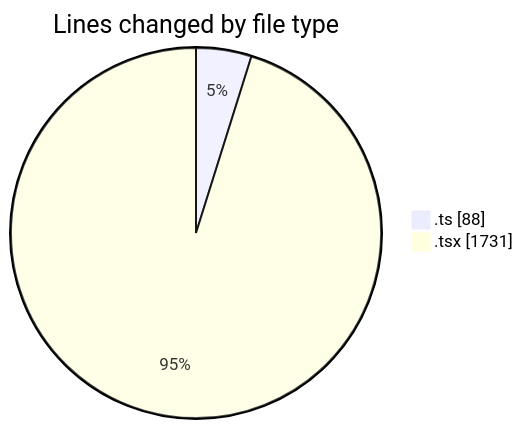
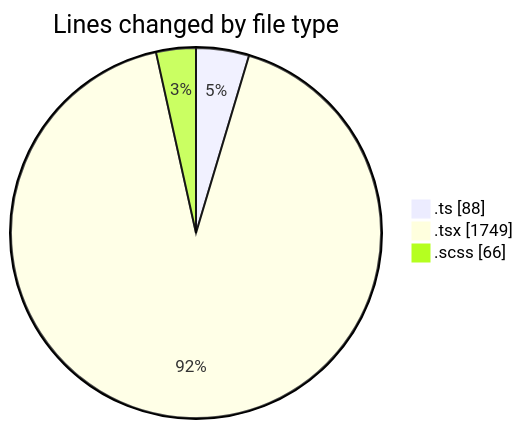
One commit to momahboobian/code-tracking changed the first of 2 diagrams in 2026-11-05/cda/README.md. Above: the diagram before and after it, drawn with Mermaid. The commit also changed other lines of this file and 1 other file, not shown here.

````diff
--- a/2026-11-05/cda/README.md
+++ b/2026-11-05/cda/README.md
@@ -23,6 +25,7 @@
 ```mermaid
 pie showData
 title Lines changed by file type
 ".ts" : 88
-".tsx" : 1731
+".tsx" : 1749
+".scss" : 66
 ```
````
